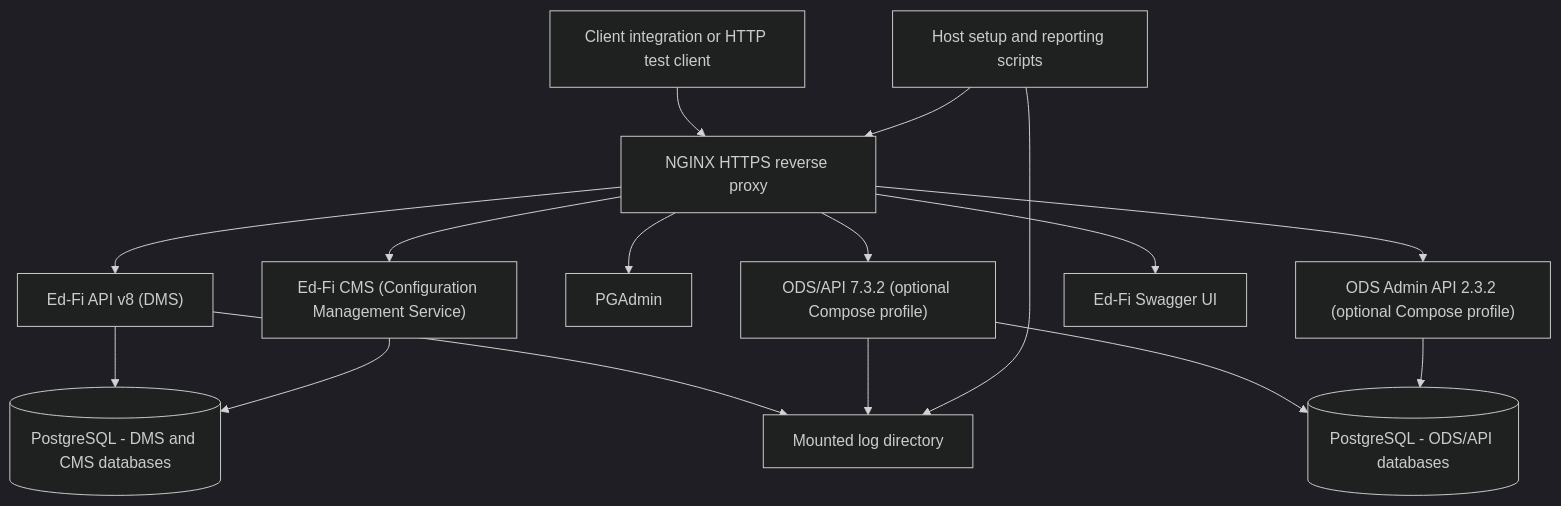
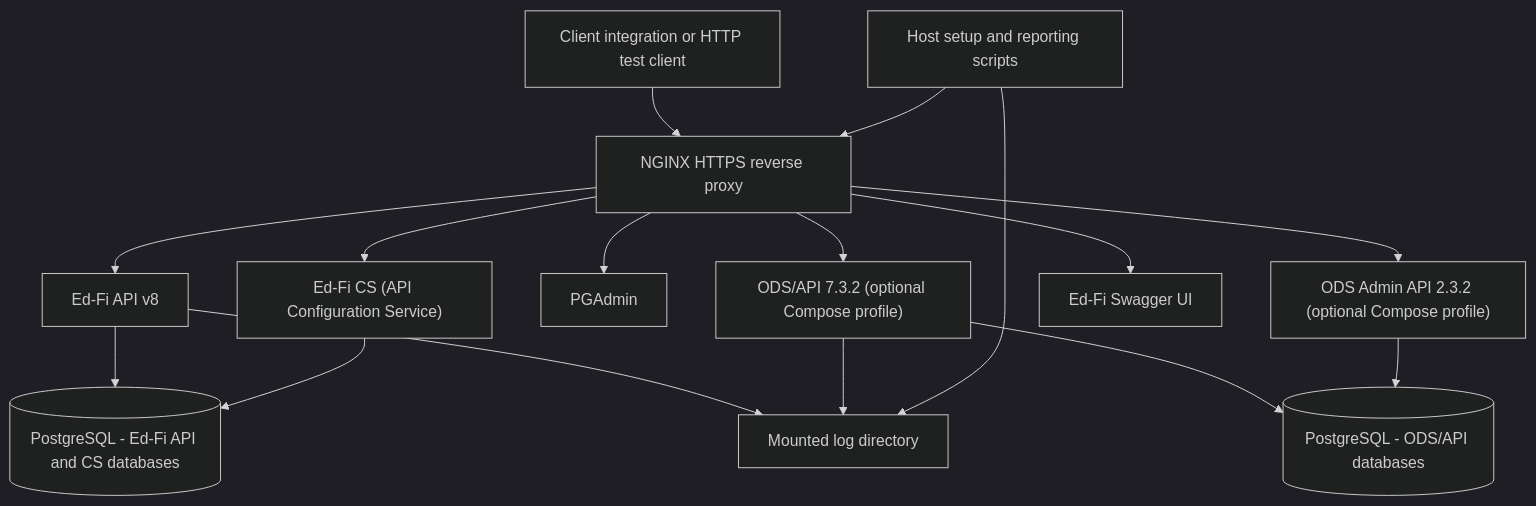
Before and after one commit to Ed-Fi-Exchange-OSS/Ed-Fi-API-v8-pilot-testing-kit: the diagram in docs/client-integration-pilot-PRD.md, drawn with Mermaid (dark theme). The commit also changed other lines of this file and 2 other files, not shown here.

First line of the commit message:
Rename repository to Ed-Fi-API-v8-pilot-testing-kit (#6)

````diff
--- a/docs/client-integration-pilot-PRD.md
+++ b/docs/client-integration-pilot-PRD.md
@@ -157,18 +156,18 @@
 ```mermaid
 graph TD
   client["Client integration or HTTP test client"] --> nginx["NGINX HTTPS reverse proxy"]
   scripts["Host setup and reporting scripts"] --> nginx
-  nginx --> dms["Ed-Fi API v8 (DMS)"]
-  nginx --> cms["Ed-Fi CMS (Configuration Management Service)"]
+  nginx --> api["Ed-Fi API v8"]
+  nginx --> CS["Ed-Fi CS (API Configuration Service)"]
   nginx --> pgadmin["PGAdmin"]
   nginx --> ods["ODS/API 7.3.2 (optional Compose profile)"]
   nginx --> adminapi["ODS Admin API 2.3.2 (optional Compose profile)"]
   nginx --> swaggerUI["Ed-Fi Swagger UI"]
-  dms --> dmsdb[("PostgreSQL - DMS and CMS databases")]
-  cms --> dmsdb
+  api --> dmsdb[("PostgreSQL - Ed-Fi API and CS databases")]
+  CS --> dmsdb
   ods --> odsdb[("PostgreSQL - ODS/API databases")]
   adminapi --> odsdb
-  dms --> logs["Mounted log directory"]
+  api --> logs["Mounted log directory"]
   ods --> logs
   scripts --> logs
 ```
````
